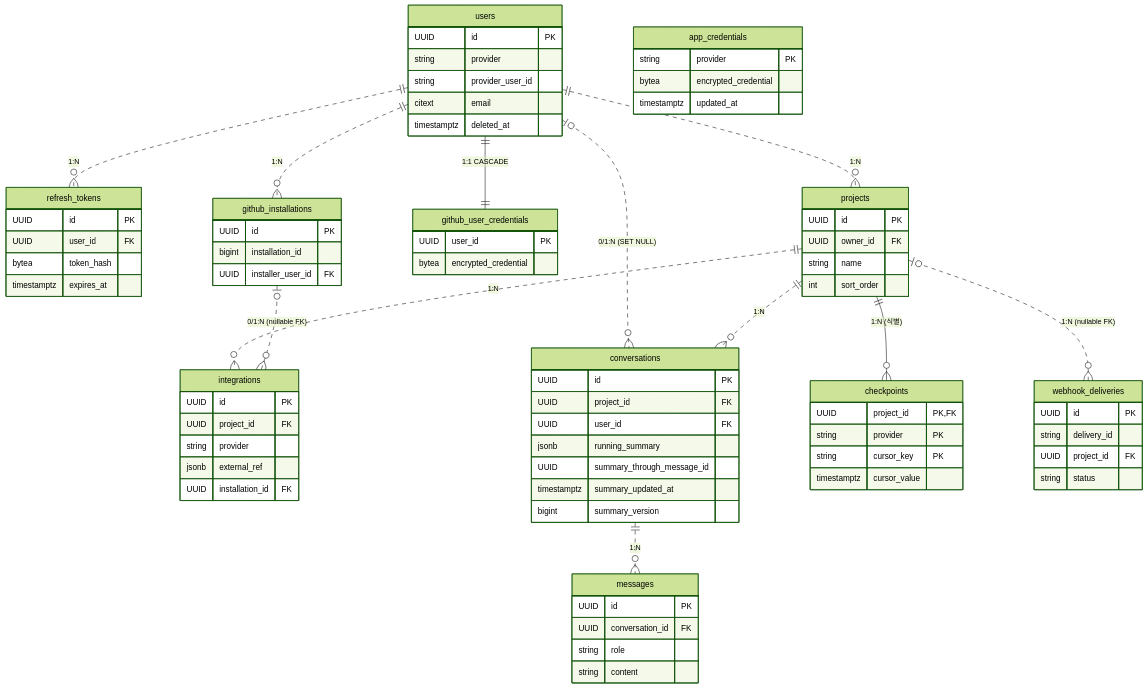
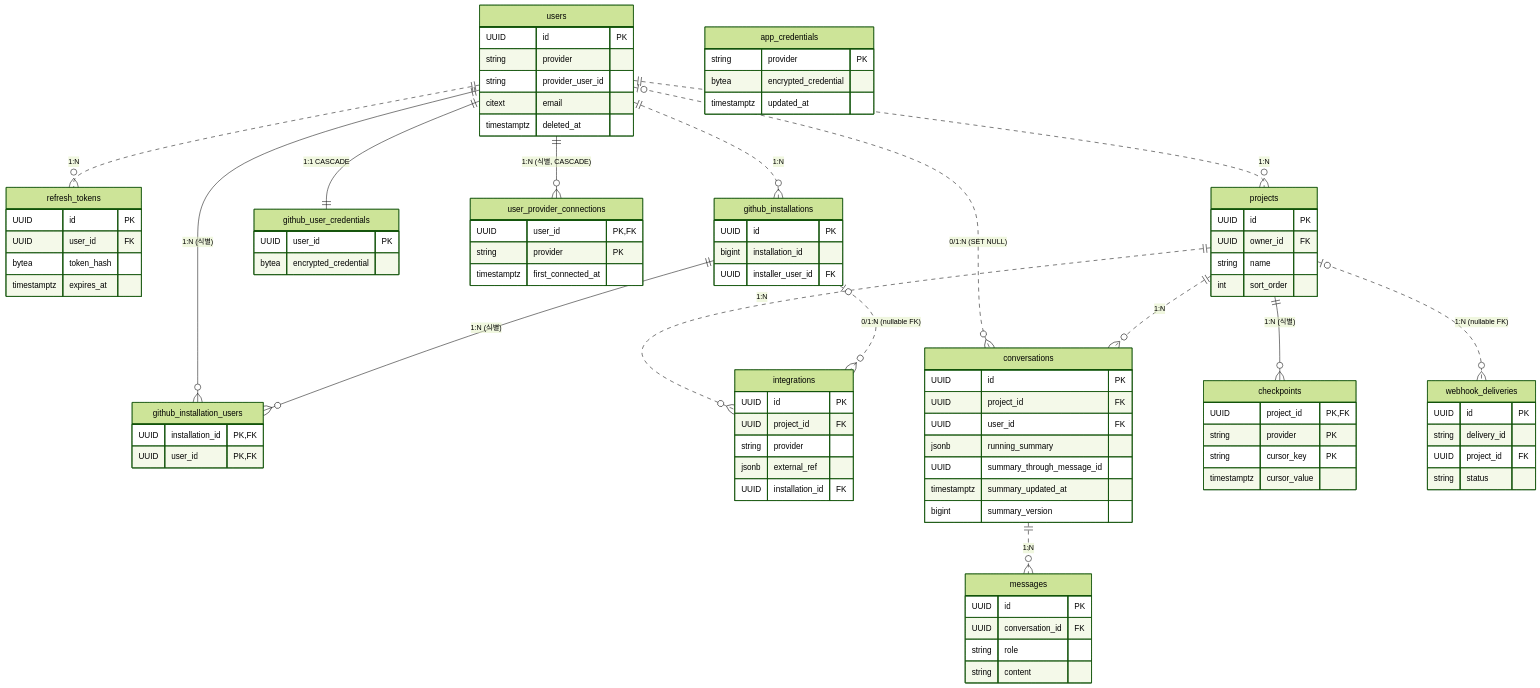
One commit to se-zero/history-tracker changed the diagram in docs/DB.md. Above: the diagram before and after it, drawn with Mermaid (forest theme). The commit also changed other lines of this file, not shown here.

```diff
--- a/docs/DB.md
+++ b/docs/DB.md
@@ -30,9 +30,18 @@
         bigint installation_id
         UUID installer_user_id FK
     }
+    github_installation_users {
+        UUID installation_id PK,FK
+        UUID user_id PK,FK
+    }
     github_user_credentials {
         UUID user_id PK
         bytea encrypted_credential
+    }
+    user_provider_connections {
+        UUID user_id PK,FK
+        string provider PK
+        timestamptz first_connected_at
     }
     projects {
         UUID id PK
@@ -83,6 +92,9 @@
     users          ||..o{ refresh_tokens        : "1:N"
     users          ||--|| github_user_credentials : "1:1 CASCADE"
     users          ||..o{ github_installations  : "1:N"
+    users          ||--o{ github_installation_users : "1:N  (식별)"
+    github_installations ||--o{ github_installation_users : "1:N  (식별)"
+    users          ||--o{ user_provider_connections : "1:N  (식별, CASCADE)"
     users          ||..o{ projects              : "1:N"
     users          |o..o{ conversations         : "0/1:N  (SET NULL)"
     projects       ||..o{ integrations          : "1:N"
```
